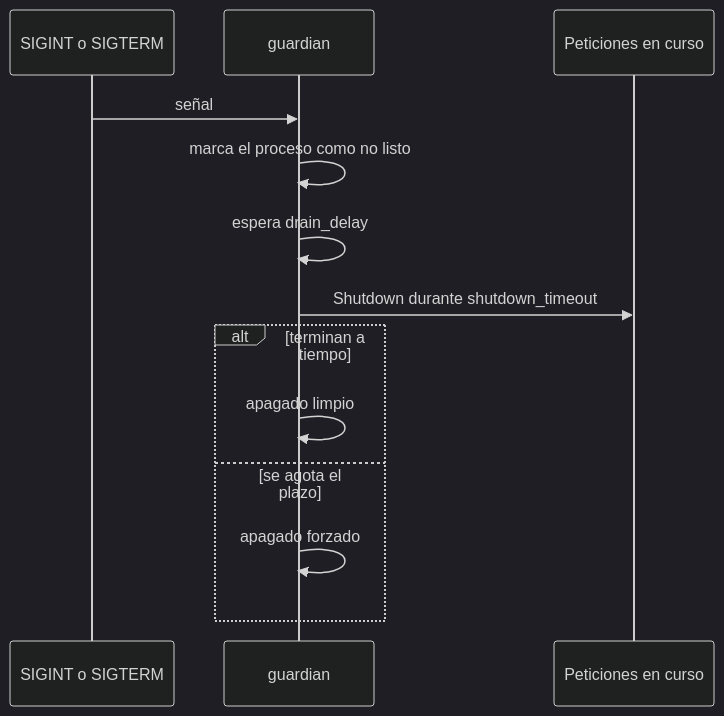
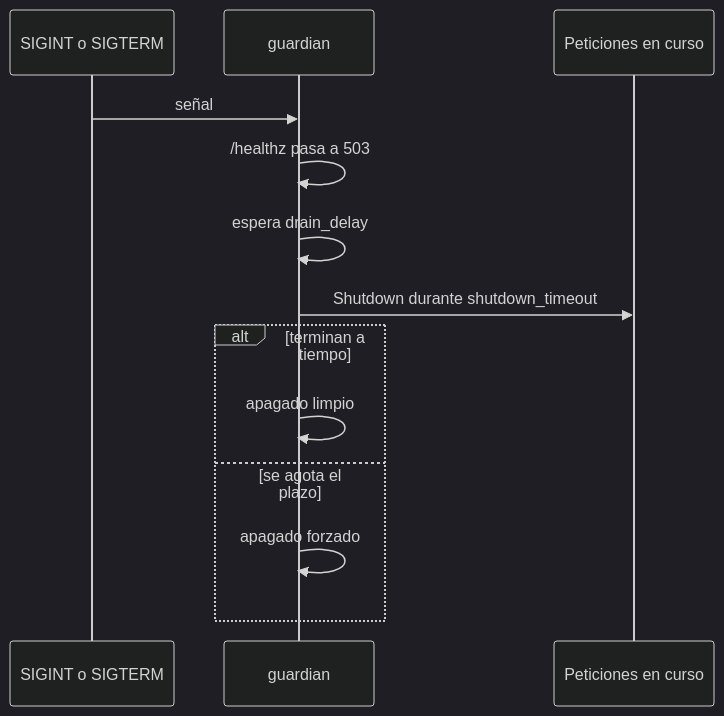
One commit to fharias/guardian-scrapy changed the seventh of 7 diagrams in README.md. Above: the diagram before and after it, drawn with Mermaid (dark theme). The commit also changed other lines of this file, not shown here.

````diff
--- a/README.md
+++ b/README.md
@@ -338,16 +344,16 @@
 ```mermaid
 sequenceDiagram
   participant SO as SIGINT o SIGTERM
   participant G as guardian
   participant C as Peticiones en curso
 
   SO->>G: señal
-  G->>G: marca el proceso como no listo
+  G->>G: /healthz pasa a 503
   G->>G: espera drain_delay
   G->>C: Shutdown durante shutdown_timeout
   alt terminan a tiempo
     G->>G: apagado limpio
   else se agota el plazo
     G->>G: apagado forzado
   end
 ```
````
